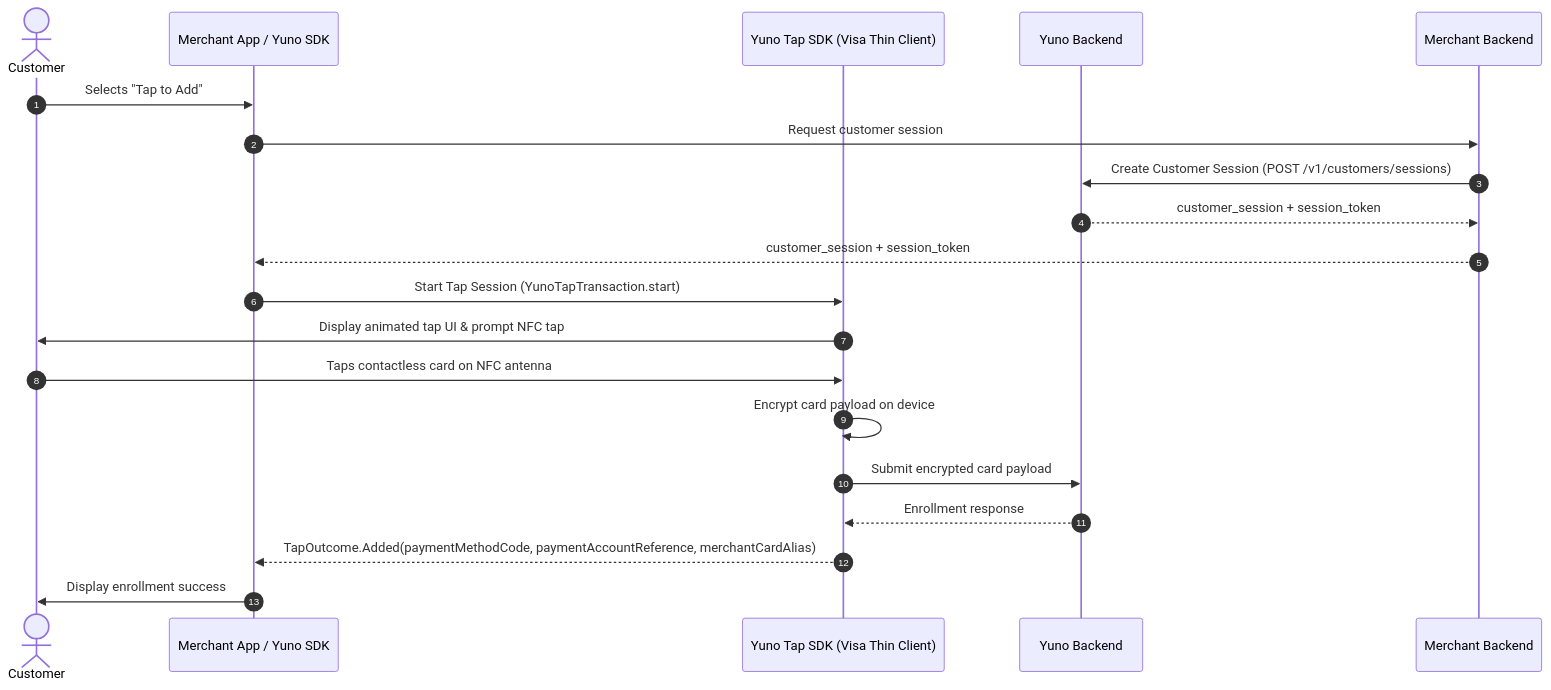
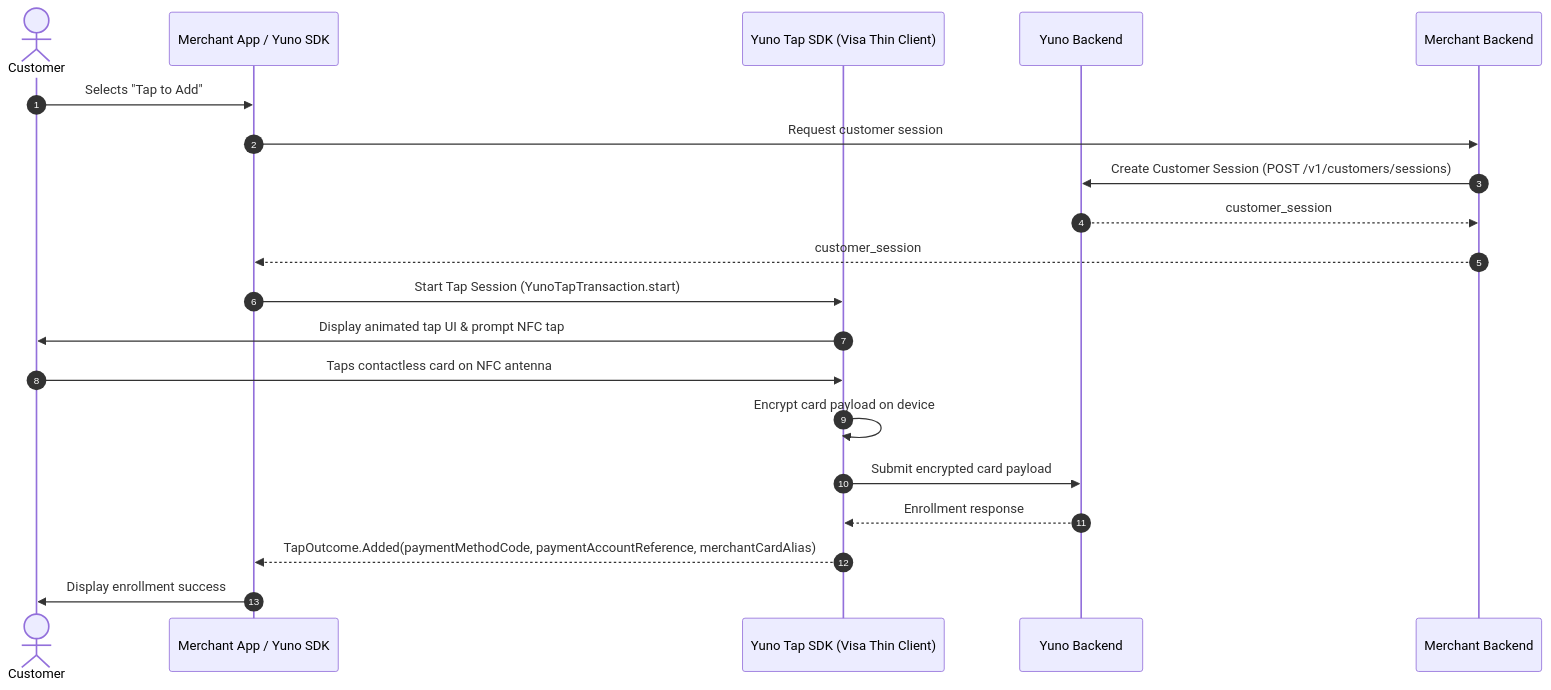
The diagram in docs/sdks/card-enrollment/visa-tap-to-add-android.mdx (yuno-payments/yuno-docs), drawn with Mermaid before and after one commit. The commit also changed other lines of this file, not shown here.

First line of the commit message:
docs(tap-to-add): align the standalone Tap SDK guide with the real yuno-tap API (UMJ-068)

````diff
--- a/docs/sdks/card-enrollment/visa-tap-to-add-android.mdx
+++ b/docs/sdks/card-enrollment/visa-tap-to-add-android.mdx
@@ -22,23 +22,23 @@
 ```mermaid
 sequenceDiagram
     autonumber
     actor Customer
     participant MerchantApp as Merchant App / Yuno SDK
     participant TapSDK as Yuno Tap SDK (Visa Thin Client)
     participant Yuno as Yuno Backend
     participant MerchantServer as Merchant Backend
 
     Customer->>MerchantApp: Selects "Tap to Add"
     MerchantApp->>MerchantServer: Request customer session
     MerchantServer->>Yuno: Create Customer Session (POST /v1/customers/sessions)
-    Yuno-->>MerchantServer: customer_session + session_token
-    MerchantServer-->>MerchantApp: customer_session + session_token
+    Yuno-->>MerchantServer: customer_session
+    MerchantServer-->>MerchantApp: customer_session
     MerchantApp->>TapSDK: Start Tap Session (YunoTapTransaction.start)
     TapSDK->>Customer: Display animated tap UI & prompt NFC tap
     Customer->>TapSDK: Taps contactless card on NFC antenna
     TapSDK->>TapSDK: Encrypt card payload on device
     TapSDK->>Yuno: Submit encrypted card payload
     Yuno-->>TapSDK: Enrollment response
     TapSDK-->>MerchantApp: TapOutcome.Added(paymentMethodCode, paymentAccountReference, merchantCardAlias)
     MerchantApp->>Customer: Display enrollment success
 ```
````
